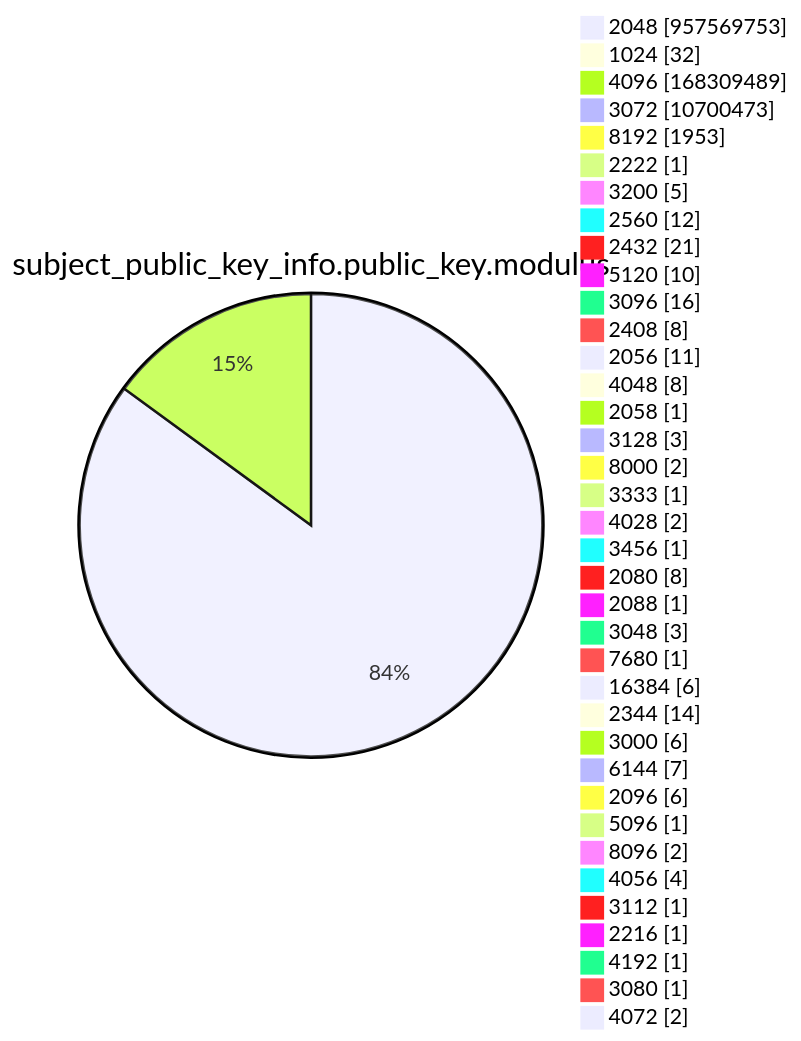
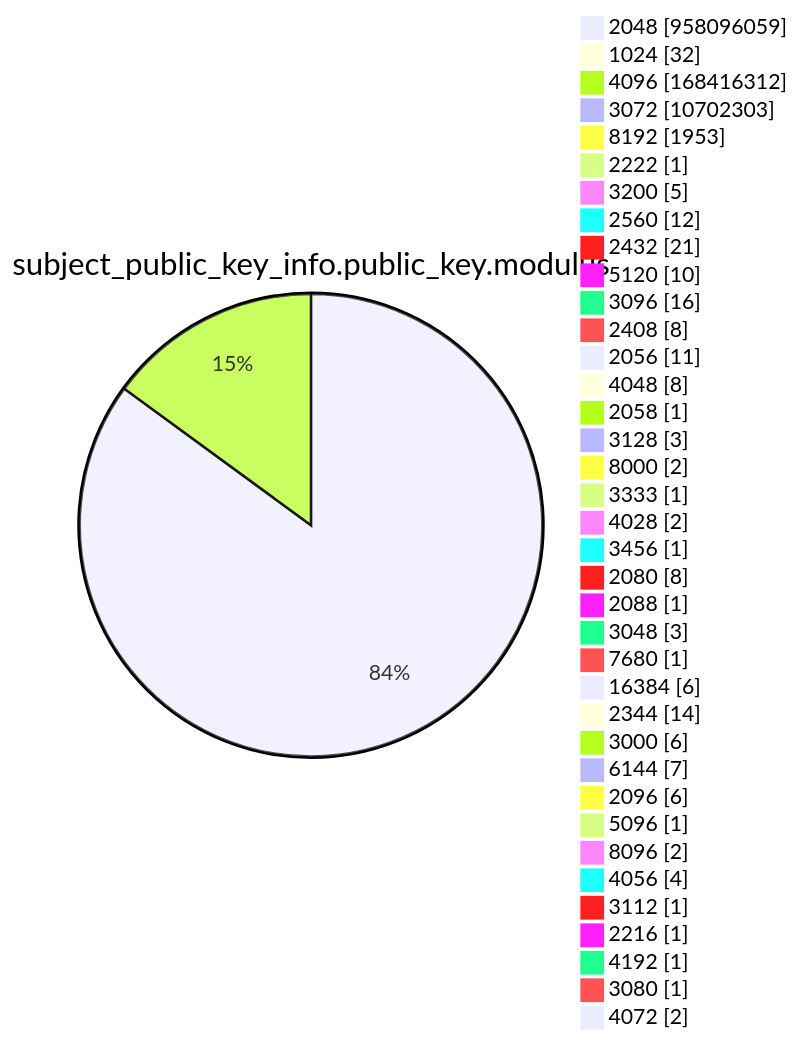
Before and after one commit to christiankrug/ctmonitor_visualization: diagram 13 of 15 in argon2022/README.md, drawn with Mermaid. The commit also changed other lines of this file, not shown here.

````diff
--- a/argon2022/README.md
+++ b/argon2022/README.md
@@ -3586,41 +3586,41 @@
 ```mermaid
 pie showData
 title subject_public_key_info.public_key.modulus
-"2048" :957569753
+"2048" :958096059
 "1024" :32
-"4096" :168309489
-"3072" :10700473
+"4096" :168416312
+"3072" :10702303
 "8192" :1953
 "2222" :1
 "3200" :5
 "2560" :12
 "2432" :21
 "5120" :10
 "3096" :16
 "2408" :8
 "2056" :11
 "4048" :8
 "2058" :1
 "3128" :3
 "8000" :2
 "3333" :1
 "4028" :2
 "3456" :1
 "2080" :8
 "2088" :1
 "3048" :3
 "7680" :1
 "16384" :6
 "2344" :14
 "3000" :6
 "6144" :7
 "2096" :6
 "5096" :1
 "8096" :2
 "4056" :4
 "3112" :1
 "2216" :1
 "4192" :1
 "3080" :1
 "4072" :2
 ```
````
